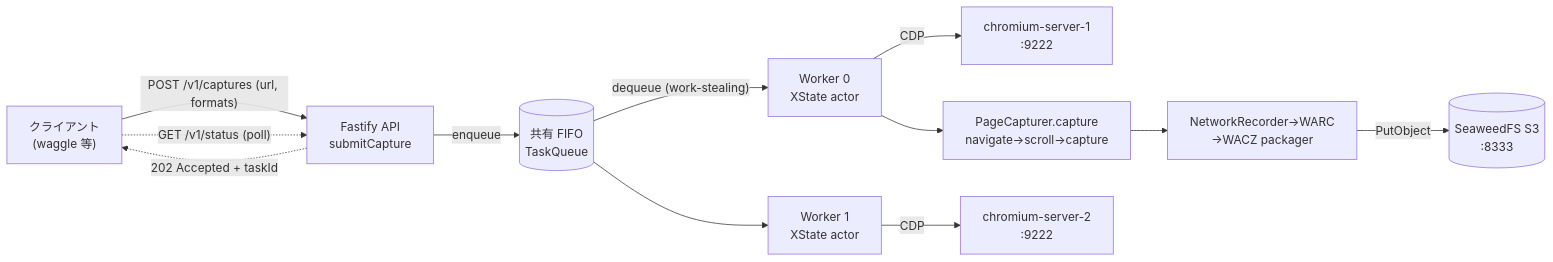
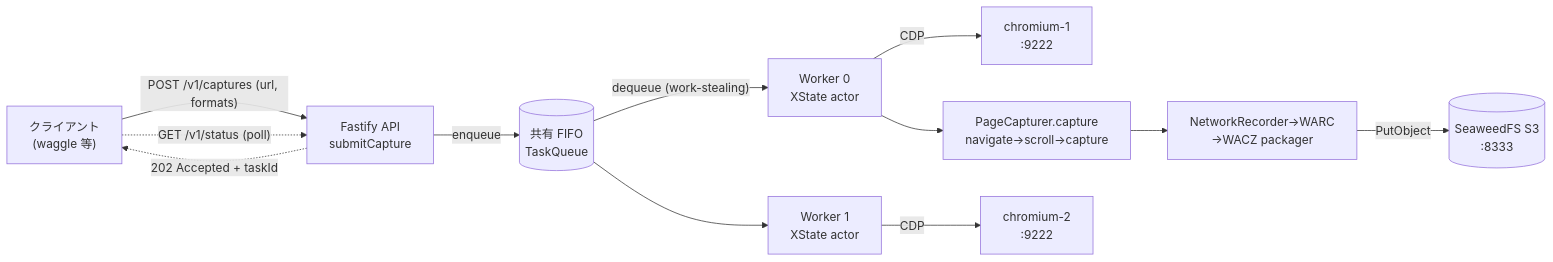
The first of 7 diagrams in docs-site/src/content/docs/architecture.mdx (uraitakahito/browserhive), drawn with Mermaid before and after one commit. The commit also changed other lines of this file and 22 other files, not shown here.

````diff
--- a/docs-site/src/content/docs/architecture.mdx
+++ b/docs-site/src/content/docs/architecture.mdx
@@ -23,14 +23,14 @@
 ```mermaid
 flowchart LR
   CL["クライアント<br>(waggle 等)"] -->|"POST /v1/captures (url, formats)"| API["Fastify API<br>submitCapture"]
   API -->|enqueue| Q[("共有 FIFO<br>TaskQueue")]
   API -.->|"202 Accepted + taskId"| CL
   Q -->|"dequeue (work-stealing)"| W1["Worker 0<br>XState actor"]
   Q --> W2["Worker 1<br>XState actor"]
-  W1 -->|CDP| CR1["chromium-server-1<br>:9222"]
-  W2 -->|CDP| CR2["chromium-server-2<br>:9222"]
+  W1 -->|CDP| CR1["chromium-1<br>:9222"]
+  W2 -->|CDP| CR2["chromium-2<br>:9222"]
   W1 --> PC["PageCapturer.capture<br>navigate→scroll→capture"]
   PC --> WACZ["NetworkRecorder→WARC<br>→WACZ packager"]
   WACZ -->|"PutObject"| S3[("SeaweedFS S3<br>:8333")]
   CL -.->|"GET /v1/status (poll)"| API
 ```
````
